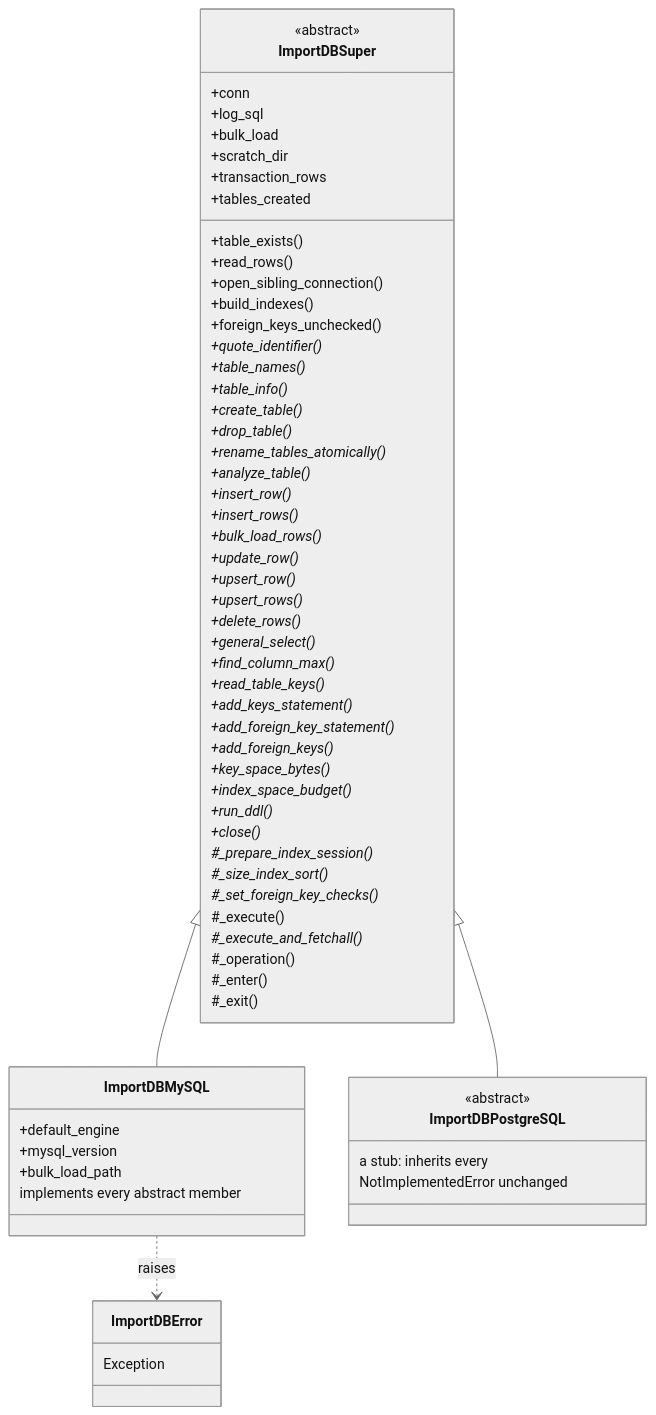
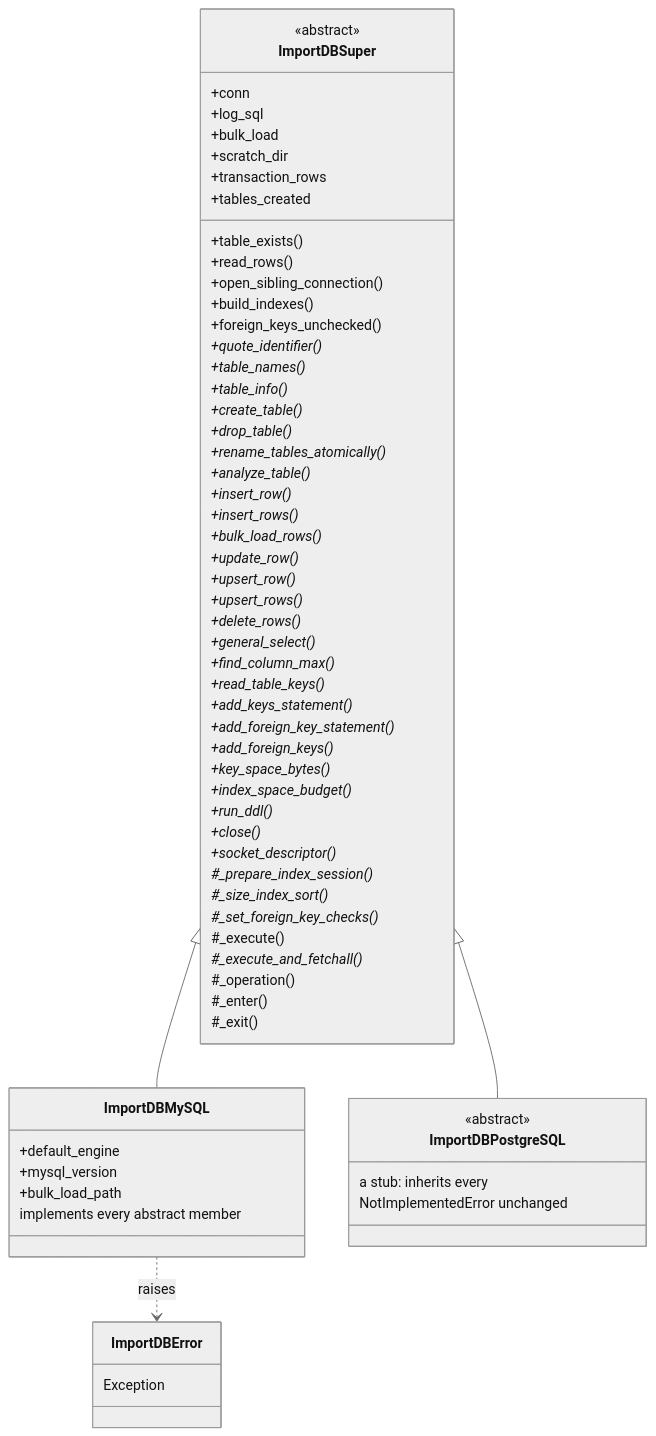
One commit to SETI/rms-opus changed the diagram in docs/dev_guide_import_db.rst. Above: the diagram before and after it, drawn with Mermaid (neutral theme). The commit also changed other lines of this file and 11 other files, not shown here.

```diff
--- a/docs/dev_guide_import_db.rst
+++ b/docs/dev_guide_import_db.rst
@@ -25,68 +25,69 @@
 .. mermaid::
     :zoom:
 
     classDiagram
         class ImportDBSuper {
             <<abstract>>
             +conn
             +log_sql
             +bulk_load
             +scratch_dir
             +transaction_rows
             +tables_created
             +table_exists()
             +read_rows()
             +open_sibling_connection()
             +build_indexes()
             +foreign_keys_unchecked()
             +quote_identifier()*
             +table_names()*
             +table_info()*
             +create_table()*
             +drop_table()*
             +rename_tables_atomically()*
             +analyze_table()*
             +insert_row()*
             +insert_rows()*
             +bulk_load_rows()*
             +update_row()*
             +upsert_row()*
             +upsert_rows()*
             +delete_rows()*
             +general_select()*
             +find_column_max()*
             +read_table_keys()*
             +add_keys_statement()*
             +add_foreign_key_statement()*
             +add_foreign_keys()*
             +key_space_bytes()*
             +index_space_budget()*
             +run_ddl()*
             +close()*
+            +socket_descriptor()*
             #_prepare_index_session()*
             #_size_index_sort()*
             #_set_foreign_key_checks()*
             #_execute()
             #_execute_and_fetchall()*
             #_operation()
             #_enter()
             #_exit()
         }
         class ImportDBMySQL {
             +default_engine
             +mysql_version
             +bulk_load_path
             implements every abstract member
         }
         class ImportDBPostgreSQL {
             <<abstract>>
             a stub: inherits every
             NotImplementedError unchanged
         }
         class ImportDBError {
             Exception
         }
 
         ImportDBSuper <|-- ImportDBMySQL
         ImportDBSuper <|-- ImportDBPostgreSQL
         ImportDBMySQL ..> ImportDBError : raises
```
